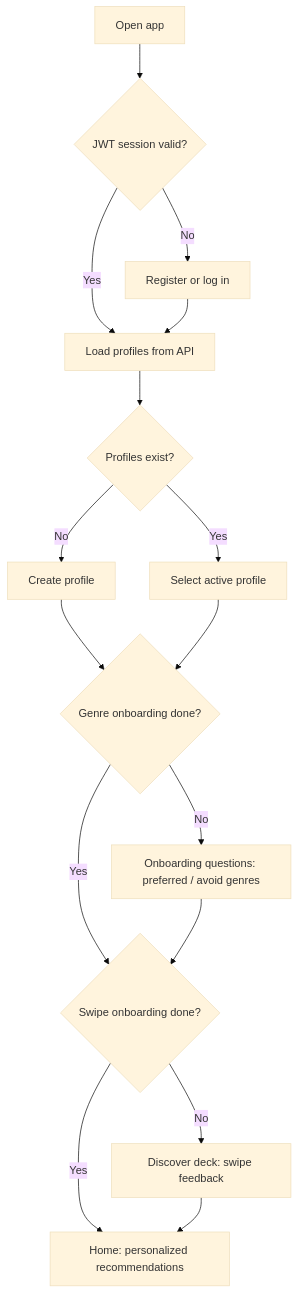
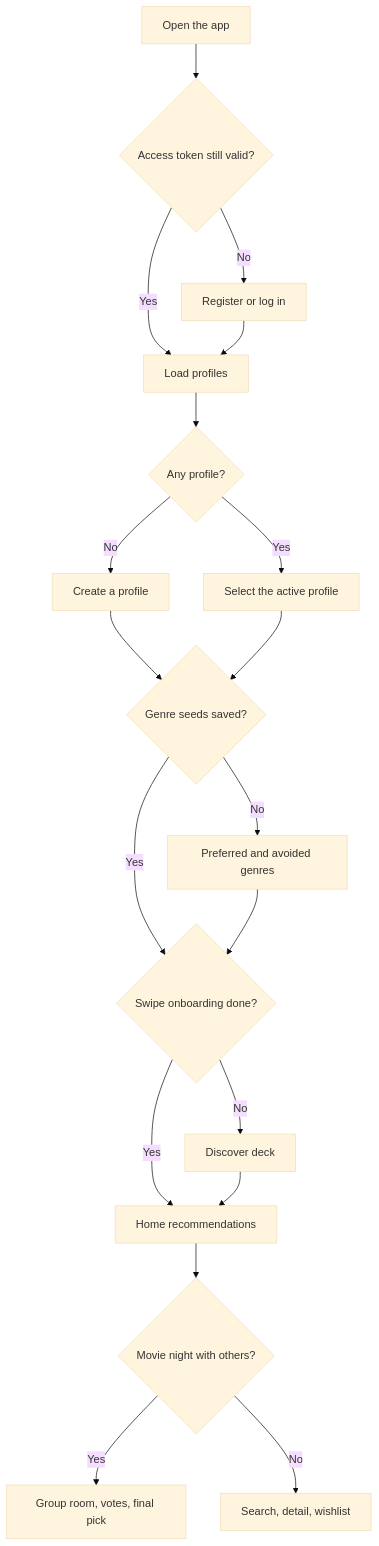
One commit to Geethika2506/AI-movie-recommenation-system changed the second of 8 diagrams in README.md. Above: the diagram before and after it, drawn with Mermaid (base theme). The commit also changed other lines of this file and 11 other files, not shown here.

First line of the commit message:
feat: let room hosts pick group recommendation mode

````diff
--- a/README.md
+++ b/README.md
@@ -144,18 +141,21 @@
 ```mermaid
 flowchart TD
-  A[Open app] --> B{JWT session valid?}
-  B -->|No| C[Register or log in]
-  B -->|Yes| D[Load profiles from API]
-  C --> D
-  D --> E{Profiles exist?}
-  E -->|No| F[Create profile]
-  E -->|Yes| G[Select active profile]
-  F --> H{Genre onboarding done?}
-  G --> H
-  H -->|No| I[Onboarding questions: preferred / avoid genres]
-  H -->|Yes| J{Swipe onboarding done?}
-  I --> J
-  J -->|No| K[Discover deck: swipe feedback]
-  J -->|Yes| L[Home: personalized recommendations]
-  K --> L
+  openApp[Open the app] --> session{Access token still valid?}
+  session -->|No| auth[Register or log in]
+  session -->|Yes| profiles[Load profiles]
+  auth --> profiles
+  profiles --> hasProfile{Any profile?}
+  hasProfile -->|No| createProfile[Create a profile]
+  hasProfile -->|Yes| pickProfile[Select the active profile]
+  createProfile --> genres{Genre seeds saved?}
+  pickProfile --> genres
+  genres -->|No| questions[Preferred and avoided genres]
+  genres -->|Yes| swipes{Swipe onboarding done?}
+  questions --> swipes
+  swipes -->|No| deck[Discover deck]
+  swipes -->|Yes| home[Home recommendations]
+  deck --> home
+  home --> night{Movie night with others?}
+  night -->|Yes| group[Group room, votes, final pick]
+  night -->|No| detail[Search, detail, wishlist]
 ```
````
